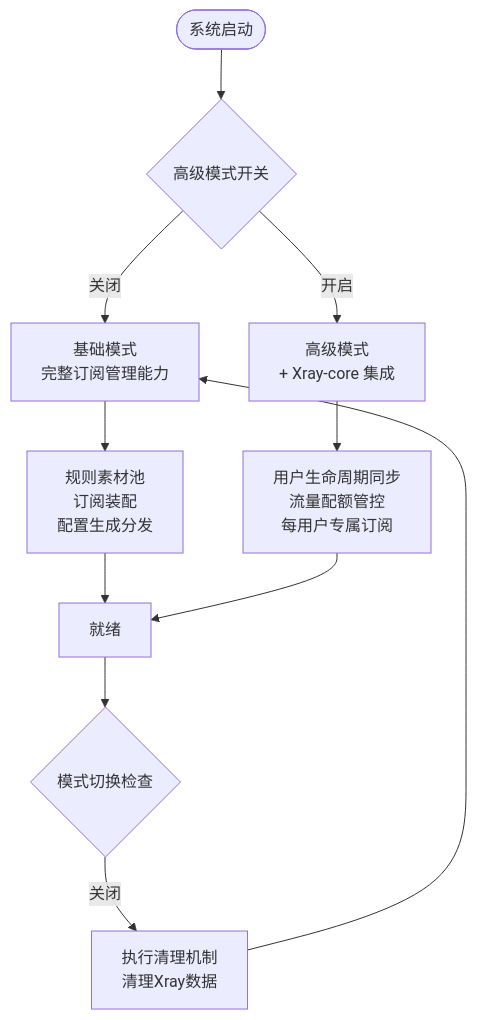
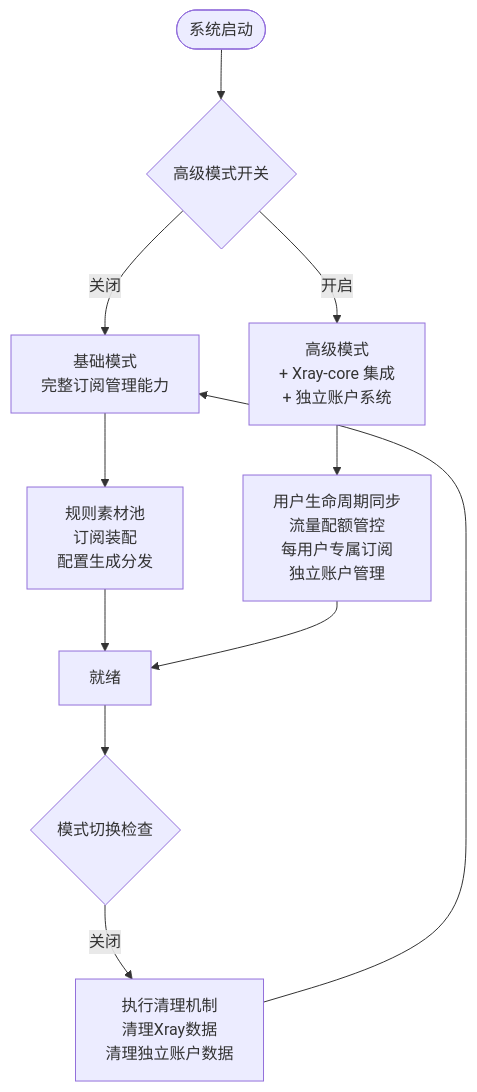
The third of 10 diagrams in .qoder/repowiki/zh/content/架构设计/架构设计.md (AlcaProphet/VPN-Subscription-Management), drawn with Mermaid before and after one commit. The commit also changed other lines of this file and 7 other files, not shown here.

````diff
--- a/.qoder/repowiki/zh/content/架构设计/架构设计.md
+++ b/.qoder/repowiki/zh/content/架构设计/架构设计.md
@@ -157,13 +175,13 @@
 ```mermaid
 flowchart TD
 Start(["系统启动"]) --> CheckMode{"高级模式开关"}
 CheckMode --> |关闭| Basic["基础模式<br/>完整订阅管理能力"]
-CheckMode --> |开启| Advanced["高级模式<br/>+ Xray-core 集成"]
+CheckMode --> |开启| Advanced["高级模式<br/>+ Xray-core 集成<br/>+ 独立账户系统"]
 Basic --> Features1["规则素材池<br/>订阅装配<br/>配置生成分发"]
-Advanced --> Features2["用户生命周期同步<br/>流量配额管控<br/>每用户专属订阅"]
+Advanced --> Features2["用户生命周期同步<br/>流量配额管控<br/>每用户专属订阅<br/>独立账户管理"]
 Features1 --> Ready["就绪"]
 Features2 --> Ready
 Ready --> SwitchCheck{"模式切换检查"}
-SwitchCheck --> |关闭| Cleanup["执行清理机制<br/>清理Xray数据"]
+SwitchCheck --> |关闭| Cleanup["执行清理机制<br/>清理Xray数据<br/>清理独立账户数据"]
 Cleanup --> Basic
 ```
````
